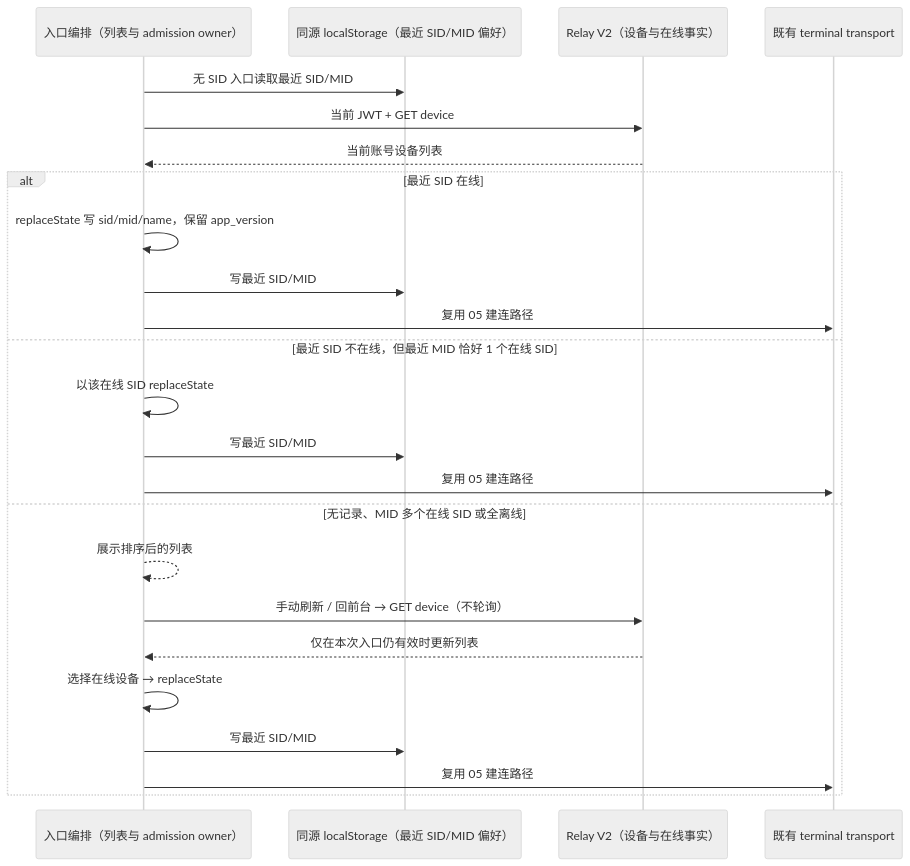
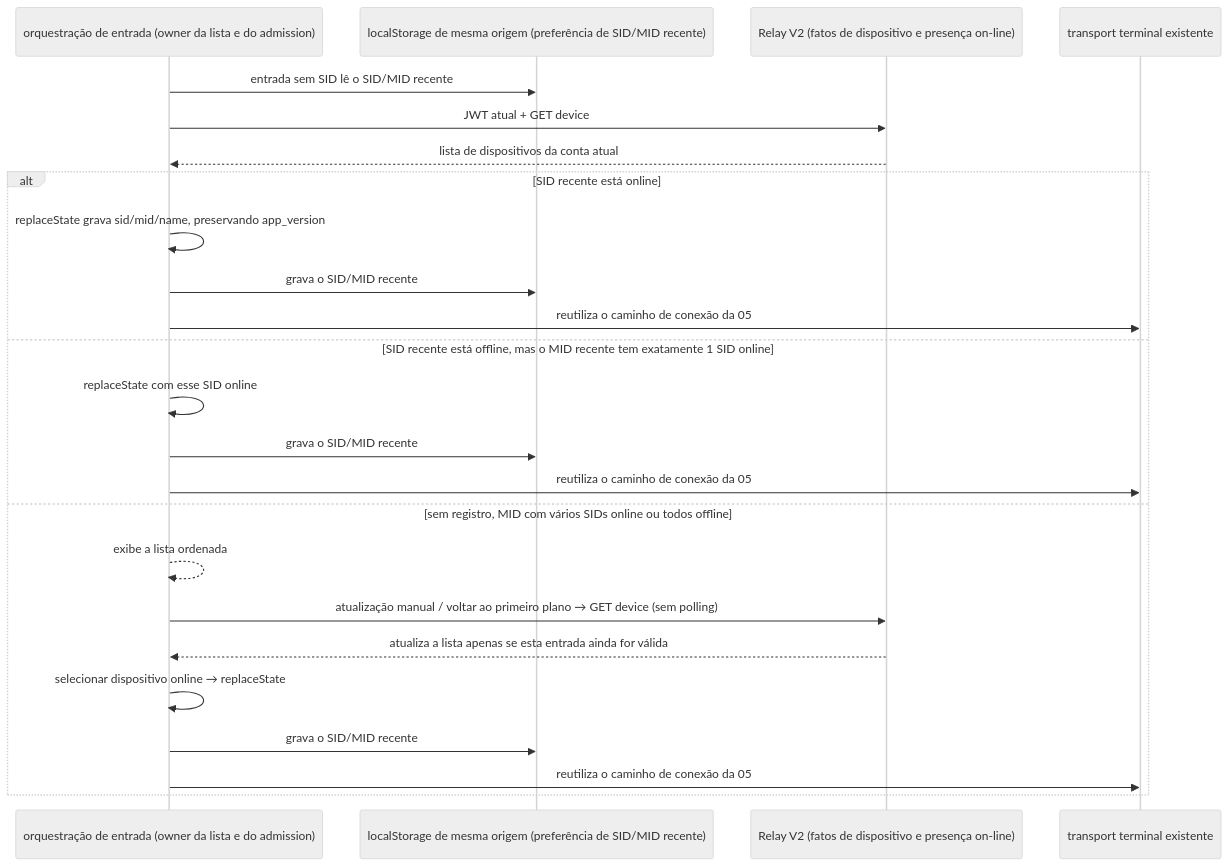
One commit to JoaoNetoDev/BR-Code changed the sixth of 6 diagrams in docs/web-remote-control/relay-v2-pairing.md. Above: the diagram before and after it, drawn with Mermaid (neutral theme). The commit also changed other lines of this file and 177 other files, not shown here.

````diff
--- a/docs/web-remote-control/relay-v2-pairing.md
+++ b/docs/web-remote-control/relay-v2-pairing.md
@@ -346,26 +346,26 @@
 ```mermaid
 sequenceDiagram
-    participant P as 入口编排（列表与 admission owner）
-    participant S as 同源 localStorage（最近 SID/MID 偏好）
-    participant R as Relay V2（设备与在线事实）
-    participant T as 既有 terminal transport
-    P->>S: 无 SID 入口读取最近 SID/MID
-    P->>R: 当前 JWT + GET device
-    R-->>P: 当前账号设备列表
-    alt 最近 SID 在线
-        P->>P: replaceState 写 sid/mid/name，保留 app_version
-        P->>S: 写最近 SID/MID
-        P->>T: 复用 05 建连路径
-    else 最近 SID 不在线，但最近 MID 恰好 1 个在线 SID
-        P->>P: 以该在线 SID replaceState
-        P->>S: 写最近 SID/MID
-        P->>T: 复用 05 建连路径
-    else 无记录、MID 多个在线 SID 或全离线
-        P-->>P: 展示排序后的列表
-        P->>R: 手动刷新 / 回前台 → GET device（不轮询）
-        R-->>P: 仅在本次入口仍有效时更新列表
-        P->>P: 选择在线设备 → replaceState
-        P->>S: 写最近 SID/MID
-        P->>T: 复用 05 建连路径
+    participant P as orquestração de entrada (owner da lista e do admission)
+    participant S as localStorage de mesma origem (preferência de SID/MID recente)
+    participant R as Relay V2 (fatos de dispositivo e presença on-line)
+    participant T as transport terminal existente
+    P->>S: entrada sem SID lê o SID/MID recente
+    P->>R: JWT atual + GET device
+    R-->>P: lista de dispositivos da conta atual
+    alt SID recente está online
+        P->>P: replaceState grava sid/mid/name, preservando app_version
+        P->>S: grava o SID/MID recente
+        P->>T: reutiliza o caminho de conexão da 05
+    else SID recente está offline, mas o MID recente tem exatamente 1 SID online
+        P->>P: replaceState com esse SID online
+        P->>S: grava o SID/MID recente
+        P->>T: reutiliza o caminho de conexão da 05
+    else sem registro, MID com vários SIDs online ou todos offline
+        P-->>P: exibe a lista ordenada
+        P->>R: atualização manual / voltar ao primeiro plano → GET device (sem polling)
+        R-->>P: atualiza a lista apenas se esta entrada ainda for válida
+        P->>P: selecionar dispositivo online → replaceState
+        P->>S: grava o SID/MID recente
+        P->>T: reutiliza o caminho de conexão da 05
     end
 ```
````
